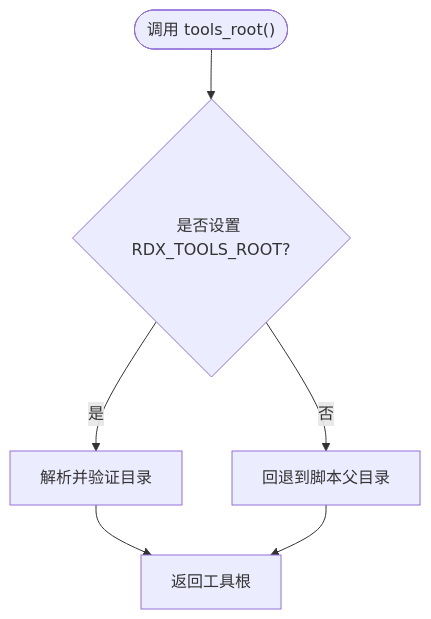
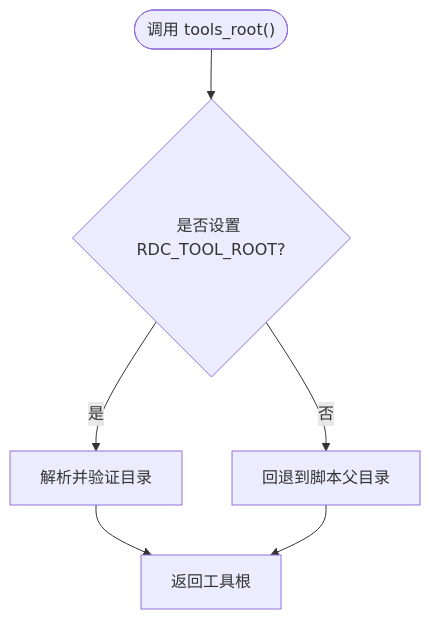
Before and after one commit to haolange/RDC-Tool: the fifth of 9 diagrams in .qoder/repowiki/zh/content/部署和发布/构建系统.md, drawn with Mermaid. The commit also changed other lines of this file and 388 other files, not shown here.

First line of the commit message:
Release RDC-Tool identity and public maintenance surface

````diff
--- a/.qoder/repowiki/zh/content/部署和发布/构建系统.md
+++ b/.qoder/repowiki/zh/content/部署和发布/构建系统.md
@@ -219,8 +219,8 @@
 ```mermaid
 flowchart TD
-Entry(["调用 tools_root()"]) --> CheckEnv{"是否设置 RDX_TOOLS_ROOT?"}
+Entry(["调用 tools_root()"]) --> CheckEnv{"是否设置 RDC_TOOL_ROOT?"}
 CheckEnv --> |是| UseEnv["解析并验证目录"]
 CheckEnv --> |否| Fallback["回退到脚本父目录"]
 UseEnv --> ReturnRoot["返回工具根"]
 Fallback --> ReturnRoot
 ```
````
